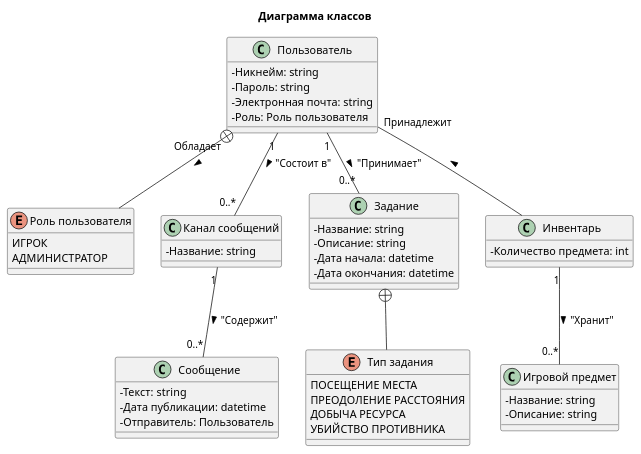
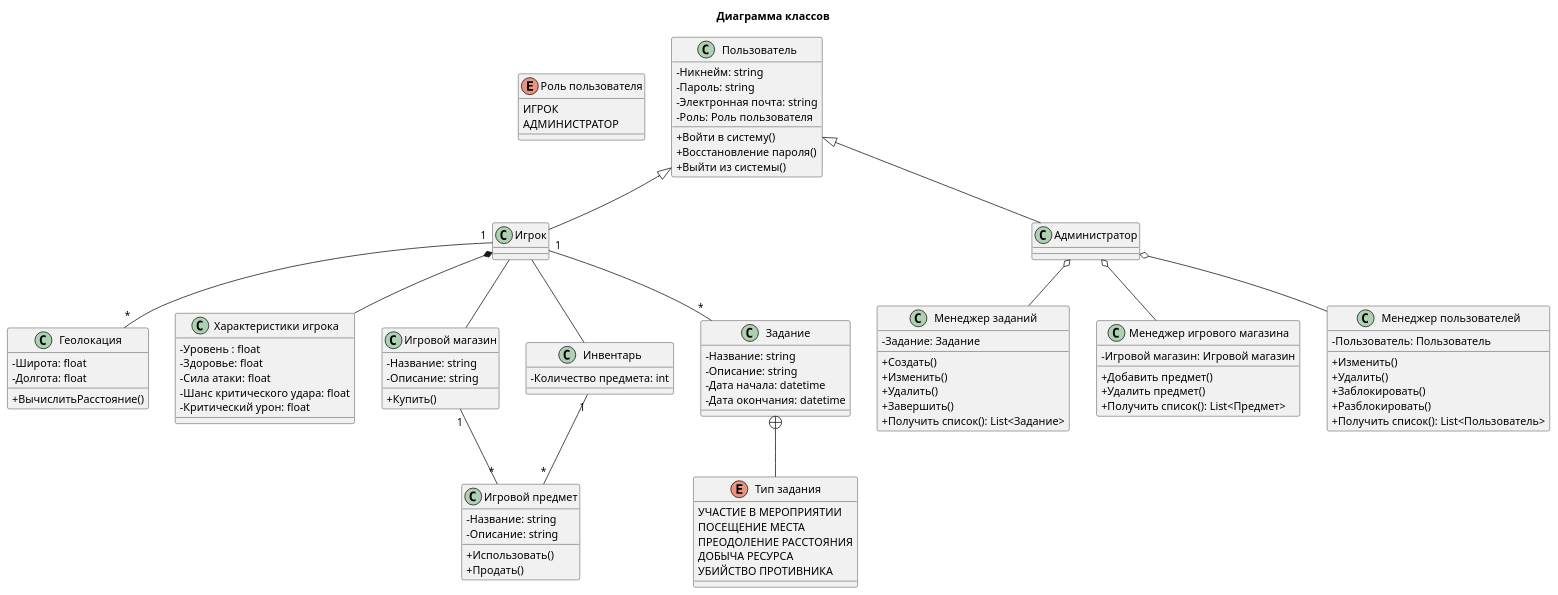
The diagram in graphs/Диаграмма классов.puml (RetteraDev/Diploma), drawn with PlantUML before and after one commit.

Commit message:
fix: Поправить диаграмму классов

```diff
--- a/graphs/Диаграмма классов.puml
+++ b/graphs/Диаграмма классов.puml
@@ -1,63 +1,120 @@
 @startuml
-
 skinparam classAttributeIconSize 0
 
 title Диаграмма классов
 
 enum "Роль пользователя" {
-    ИГРОК
-    АДМИНИСТРАТОР
+ИГРОК
+АДМИНИСТРАТОР
 }
 
 class Пользователь {
-    - Никнейм: string
-    - Пароль: string
-    - Электронная почта: string
-    - Роль: Роль пользователя
+- Никнейм: string
+- Пароль: string
+- Электронная почта: string
+- Роль: Роль пользователя
++ Войти в систему()
++ Восстановление пароля()
++ Выйти из системы()
 }
 
-class "Канал сообщений" {
-    - Название: string
+class Игрок {
+
 }
 
-class "Сообщение" {
-    - Текст: string
-    - Дата публикации: datetime
-    - Отправитель: Пользователь
+
+class Геолокация {
+- Широта: float
+- Долгота: float
++ ВычислитьРасстояние()
+}
+
+class "Характеристики игрока" {
+- Уровень : float
+- Здоровье: float
+- Сила атаки: float
+- Шанс критического удара: float
+- Критический урон: float
+}
+
+class Администратор {
+
+}
+
+class "Менеджер заданий" {
+- Задание: Задание
++ Создать()
++ Изменить()
++ Удалить()
++ Завершить()
++ Получить список(): List<Задание>
+}
+
+class "Менеджер игрового магазина" {
+- Игровой магазин: Игровой магазин
++ Добавить предмет()
++ Удалить предмет()
++ Получить список(): List<Предмет>
+}
+
+class "Менеджер пользователей" {
+- Пользователь: Пользователь
++ Изменить()
++ Удалить()
++ Заблокировать()
++ Разблокировать()
++ Получить список(): List<Пользователь>
+}
+
+class "Игровой магазин" {
+- Название: string
+- Описание: string
++ Купить()
 }
 
 enum "Тип задания" {
-    ПОСЕЩЕНИЕ МЕСТА
-    ПРЕОДОЛЕНИЕ РАССТОЯНИЯ
-    ДОБЫЧА РЕСУРСА
-    УБИЙСТВО ПРОТИВНИКА
+УЧАСТИЕ В МЕРОПРИЯТИИ
+ПОСЕЩЕНИЕ МЕСТА
+ПРЕОДОЛЕНИЕ РАССТОЯНИЯ
+ДОБЫЧА РЕСУРСА
+УБИЙСТВО ПРОТИВНИКА
 }
 
 class Задание {
-    - Название: string
-    - Описание: string
-    - Дата начала: datetime
-    - Дата окончания: datetime
+- Название: string
+- Описание: string
+- Дата начала: datetime
+- Дата окончания: datetime
 }
 
 class Инвентарь {
-    - Количество предмета: int
+- Количество предмета: int
 }
 
 class "Игровой предмет" {
-    - Название: string
-    - Описание: string
+- Название: string
+- Описание: string
++ Использовать()
++ Продать()
 }
 
-Пользователь "1" -- "0..*" "Канал сообщений" : "Состоит в" >
-"Канал сообщений" "1" -- "0..*" Сообщение : "Содержит" >
+Пользователь <|-- Игрок
+Пользователь <|-- Администратор
 
-Пользователь "1" -- "0..*" Задание : "Принимает" >
+Администратор o-- "Менеджер заданий"
+Администратор o-- "Менеджер пользователей"
+Администратор o-- "Менеджер игрового магазина"
+
+Игрок "1" -- "*" Задание
 Задание +-- "Тип задания"
 
-Пользователь +-- "Роль пользователя" : "Обладает" >
-Пользователь -- Инвентарь : "Принадлежит" <
+Игрок "1" -- "*" Геолокация
 
-Инвентарь "1" -- "0..*" "Игровой предмет": "Хранит" >
+Игрок -- Инвентарь
+Инвентарь "1" -- "*" "Игровой предмет"
 
+Игрок -- "Игровой магазин"
+"Игровой магазин" "1" -- "*" "Игровой предмет"
+
+Игрок *-- "Характеристики игрока"
 @enduml
```
